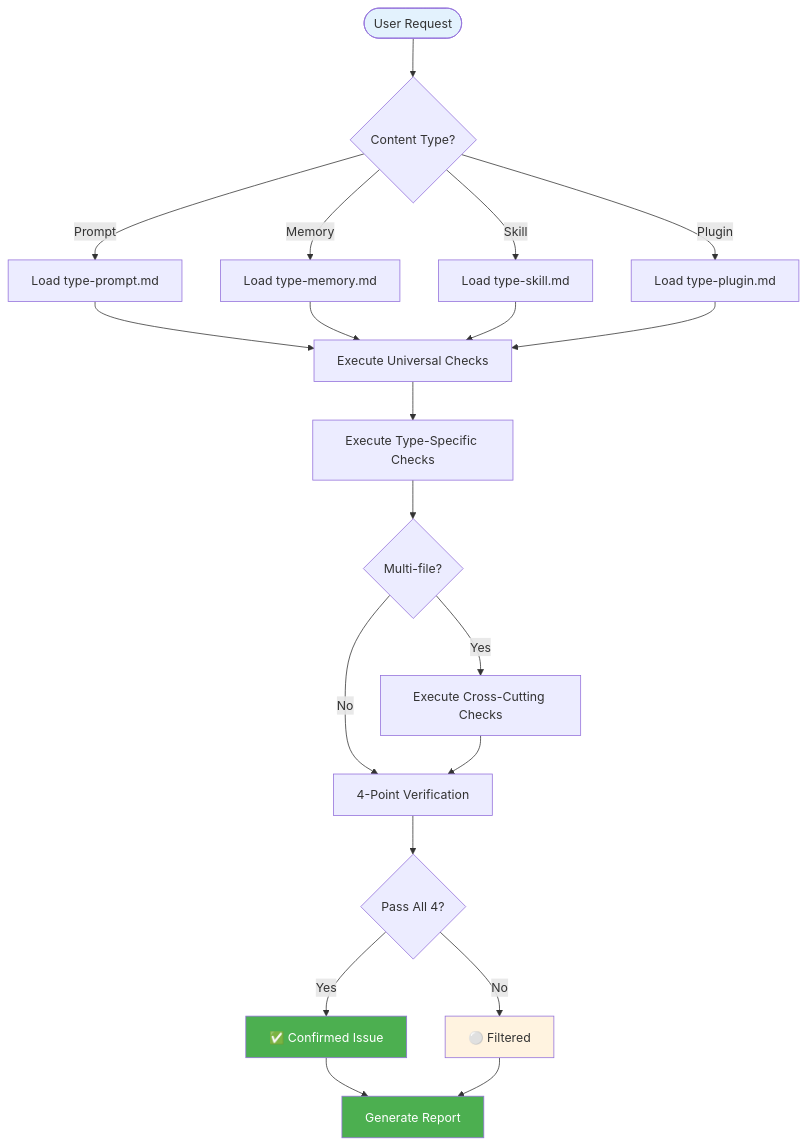
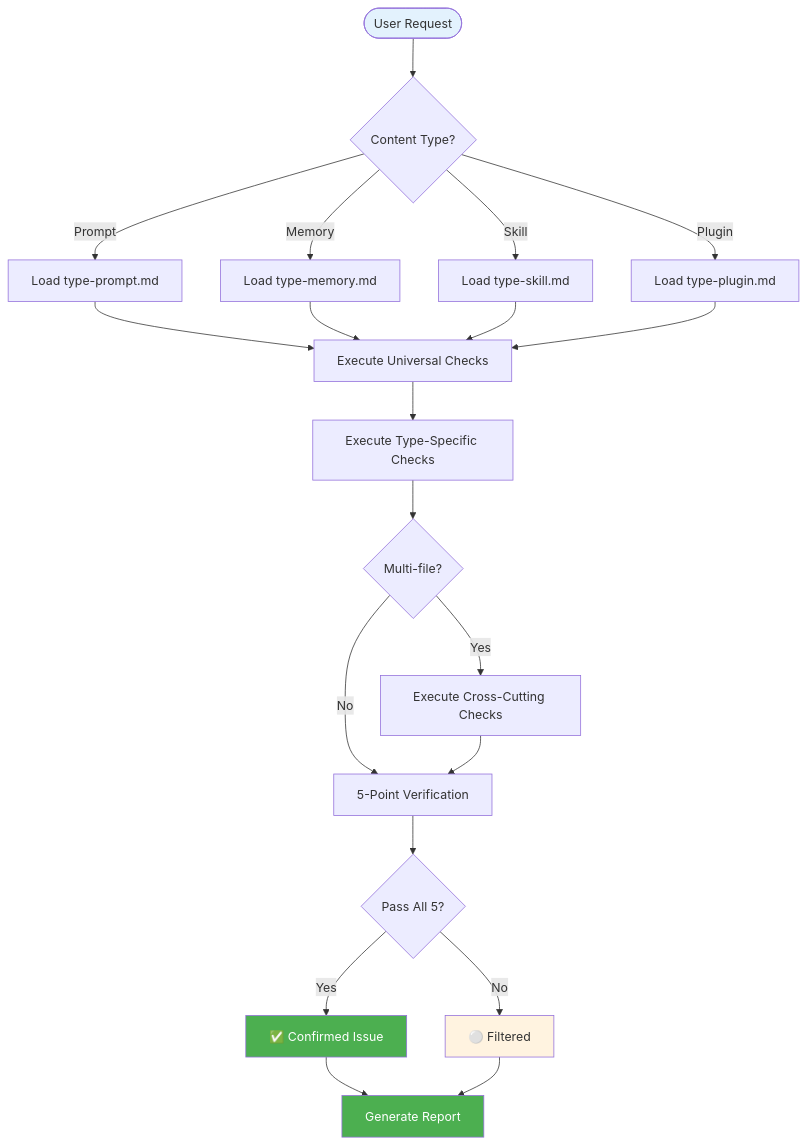
One commit to freespace8/hello-auditkit changed the diagram in README.md. Above: the diagram before and after it, drawn with Mermaid. The commit also changed other lines of this file and 7 other files, not shown here.

````diff
--- a/README.md
+++ b/README.md
@@ -230,33 +231,33 @@
 ```mermaid
 flowchart TD
     Start([User Request]) --> Detect{Content Type?}
 
     Detect -->|"Prompt"| LoadPrompt[Load type-prompt.md]
     Detect -->|"Memory"| LoadMemory[Load type-memory.md]
     Detect -->|"Skill"| LoadSkill[Load type-skill.md]
     Detect -->|"Plugin"| LoadPlugin[Load type-plugin.md]
 
     LoadPrompt --> Universal[Execute Universal Checks]
     LoadMemory --> Universal
     LoadSkill --> Universal
     LoadPlugin --> Universal
 
     Universal --> TypeSpecific[Execute Type-Specific Checks]
     TypeSpecific --> CrossCutting{Multi-file?}
 
     CrossCutting -->|Yes| Cross[Execute Cross-Cutting Checks]
     CrossCutting -->|No| Verify
     Cross --> Verify
 
-    Verify[4-Point Verification] --> Filter{Pass All 4?}
+    Verify[5-Point Verification] --> Filter{Pass All 5?}
     Filter -->|Yes| Confirm[✅ Confirmed Issue]
     Filter -->|No| Discard[⚪ Filtered]
 
     Confirm --> Report[Generate Report]
     Discard --> Report
 
     style Start fill:#e3f2fd
     style Confirm fill:#4caf50,color:#fff
     style Discard fill:#fff3e0
     style Report fill:#4caf50,color:#fff
 ```
````
